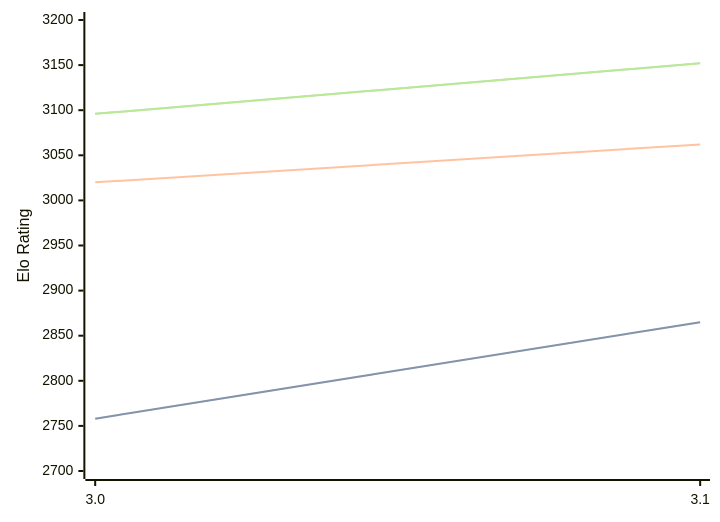
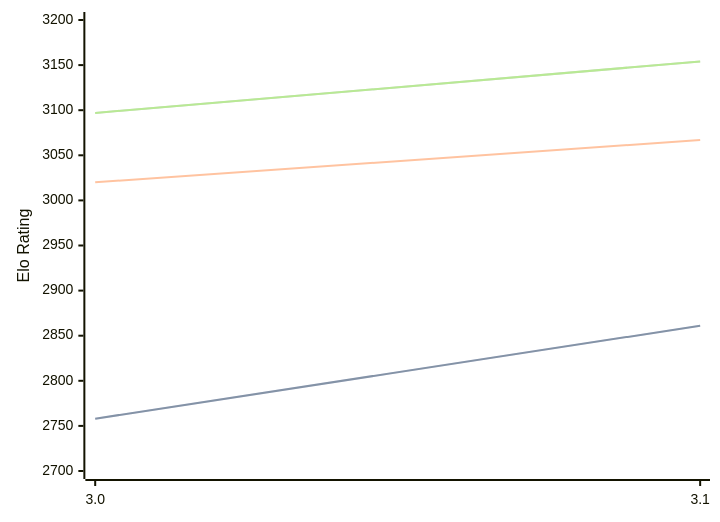
Before and after one commit to computer-chess-index/cci: the diagram in engines/Vajolet2.md, drawn with Mermaid. The commit also changed other lines of this file, not shown here.

Commit message:
Update CCI Ratings (ELO VLTC) - 2026-04-10

````diff
--- a/engines/Vajolet2.md
+++ b/engines/Vajolet2.md
@@ -40,11 +40,11 @@
 ```mermaid
 %%{init: {"theme":"base","themeVariables":{"seriesColors:['#a3a3a3','#222221','#faa371']}}}%%
 xychart-beta
   x-axis ["3.0", "3.1"]
   y-axis "Elo Rating" 2700 --> 3200
-  line "STC (8.0+0.08s)" [2758, 2865]
-  line "STC (8.0+0.08s)" [2758, 2865]
-  line "LTC (60.0+0.60s)" [3020, 3062]
-  line "VLTC (2m24s+1.12s)" [3096, 3152]
-  line "VLTC (2m24s+1.12s)" [3096, 3152]
+  line "STC (8.0+0.08s)" [2758, 2861]
+  line "STC (8.0+0.08s)" [2758, 2861]
+  line "LTC (60.0+0.60s)" [3020, 3067]
+  line "VLTC (2m24s+1.12s)" [3097, 3154]
+  line "VLTC (2m24s+1.12s)" [3097, 3154]
 ```
````
